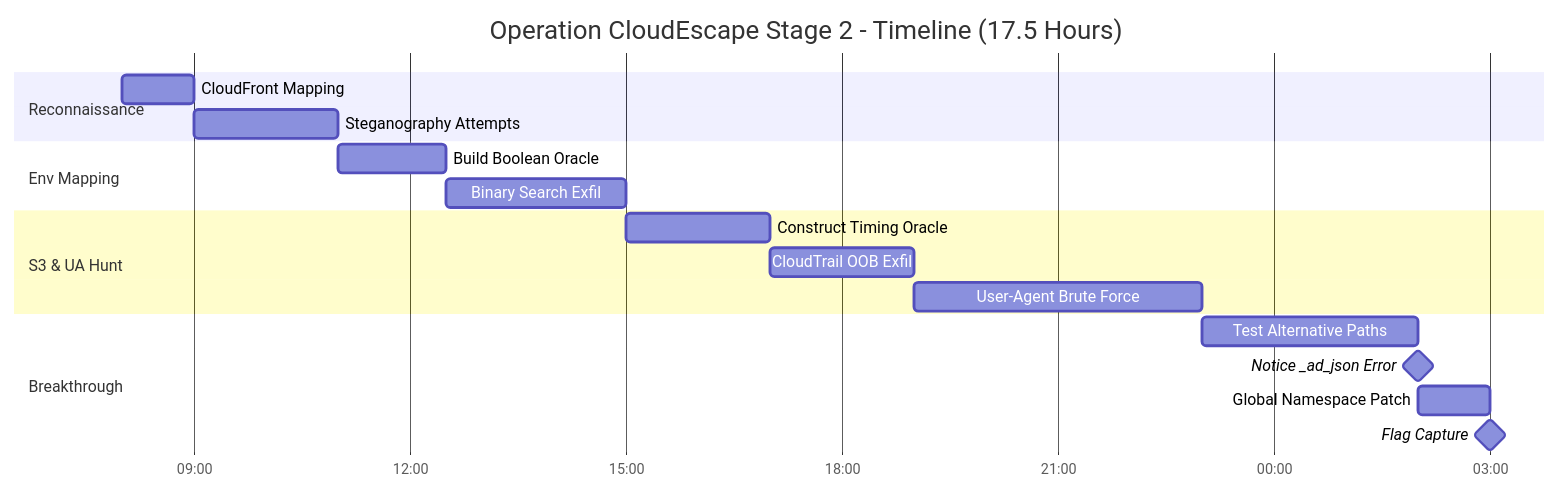
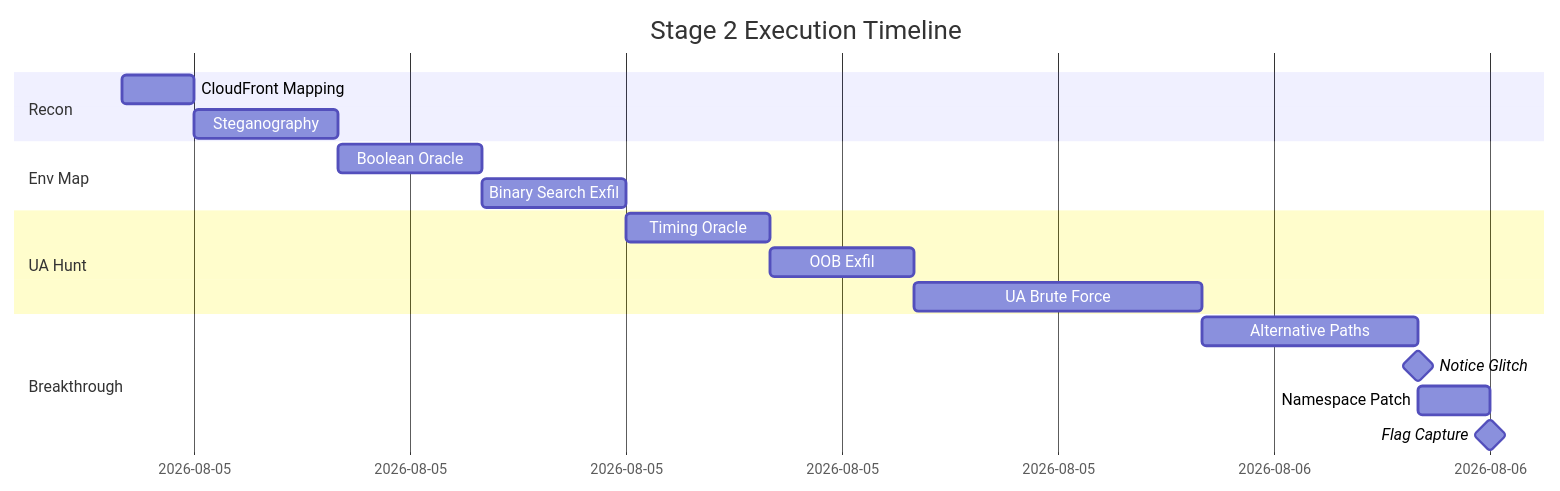
One commit to FREECANDY-DEV/MAFAT-2026 changed the ninth of 9 diagrams in cloud-escape/Stage_2_Comprehensive_Writeup.md. Above: the diagram before and after it, drawn with Mermaid.

Commit message:
docs: fix mermaid gantt chart rendering issues

````diff
--- a/cloud-escape/Stage_2_Comprehensive_Writeup.md
+++ b/cloud-escape/Stage_2_Comprehensive_Writeup.md
@@ -660,25 +660,24 @@
 ```mermaid
 gantt
-    title Operation CloudEscape Stage 2 - Timeline (17.5 Hours)
-    dateFormat  YYYY-MM-DD HH:mm
-    axisFormat  %H:%M
+    title Stage 2 Execution Timeline
+    dateFormat YYYY-MM-DD HH:mm
     
-    section Reconnaissance
+    section Recon
     CloudFront Mapping       :a1, 2026-08-05 08:00, 1h
-    Steganography Attempts   :a2, after a1, 2h
+    Steganography            :a2, after a1, 2h
     
-    section Env Mapping
-    Build Boolean Oracle     :a3, 2026-08-05 11:00, 1.5h
-    Binary Search Exfil      :a4, after a3, 2.5h
+    section Env Map
+    Boolean Oracle           :a3, 2026-08-05 11:00, 2h
+    Binary Search Exfil      :a4, after a3, 2h
     
-    section S3 & UA Hunt
-    Construct Timing Oracle  :a5, 2026-08-05 15:00, 2h
-    CloudTrail OOB Exfil     :a6, after a5, 2h
-    User-Agent Brute Force   :a7, after a6, 4h
+    section UA Hunt
+    Timing Oracle            :a5, 2026-08-05 15:00, 2h
+    OOB Exfil                :a6, after a5, 2h
+    UA Brute Force           :a7, after a6, 4h
     
     section Breakthrough
-    Test Alternative Paths   :a8, 2026-08-05 23:00, 3h
-    Notice _ad_json Error    :milestone, m1, 2026-08-06 02:00, 0m
-    Global Namespace Patch   :a9, 2026-08-06 02:00, 1h
-    Flag Capture             :milestone, m2, 2026-08-06 03:00, 0m
+    Alternative Paths        :a8, 2026-08-05 23:00, 3h
+    Notice Glitch            :milestone, m1, 2026-08-06 02:00, 0h
+    Namespace Patch          :a9, 2026-08-06 02:00, 1h
+    Flag Capture             :milestone, m2, 2026-08-06 03:00, 0h
 ```
````
